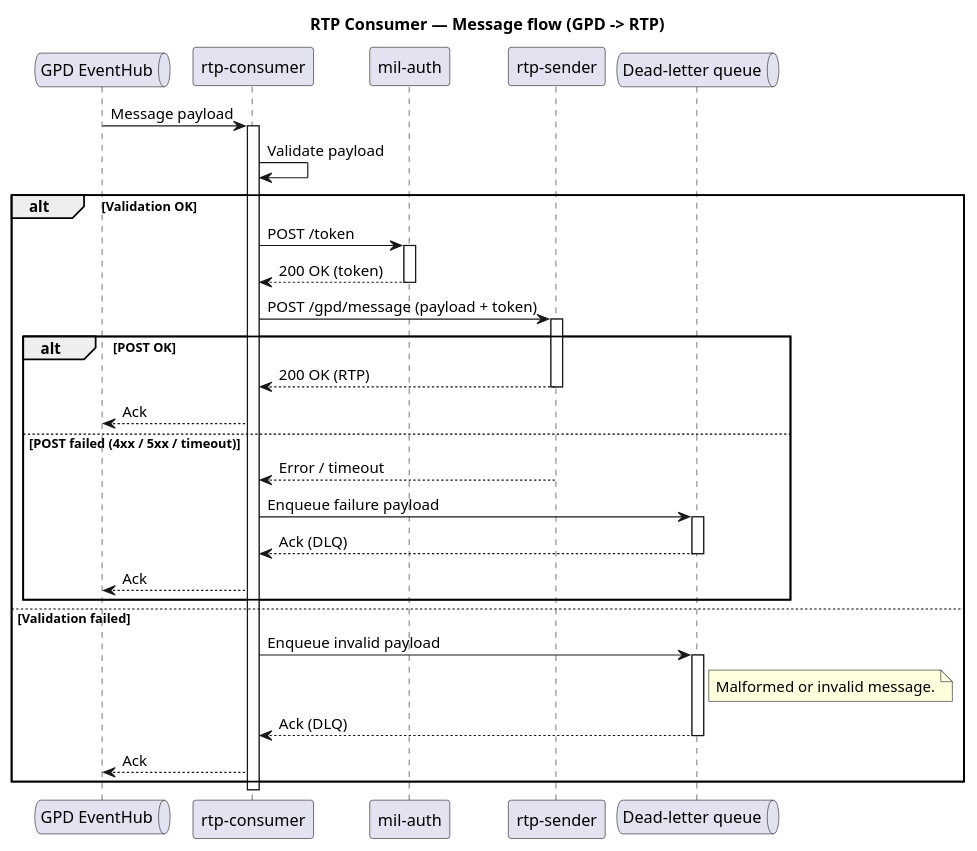
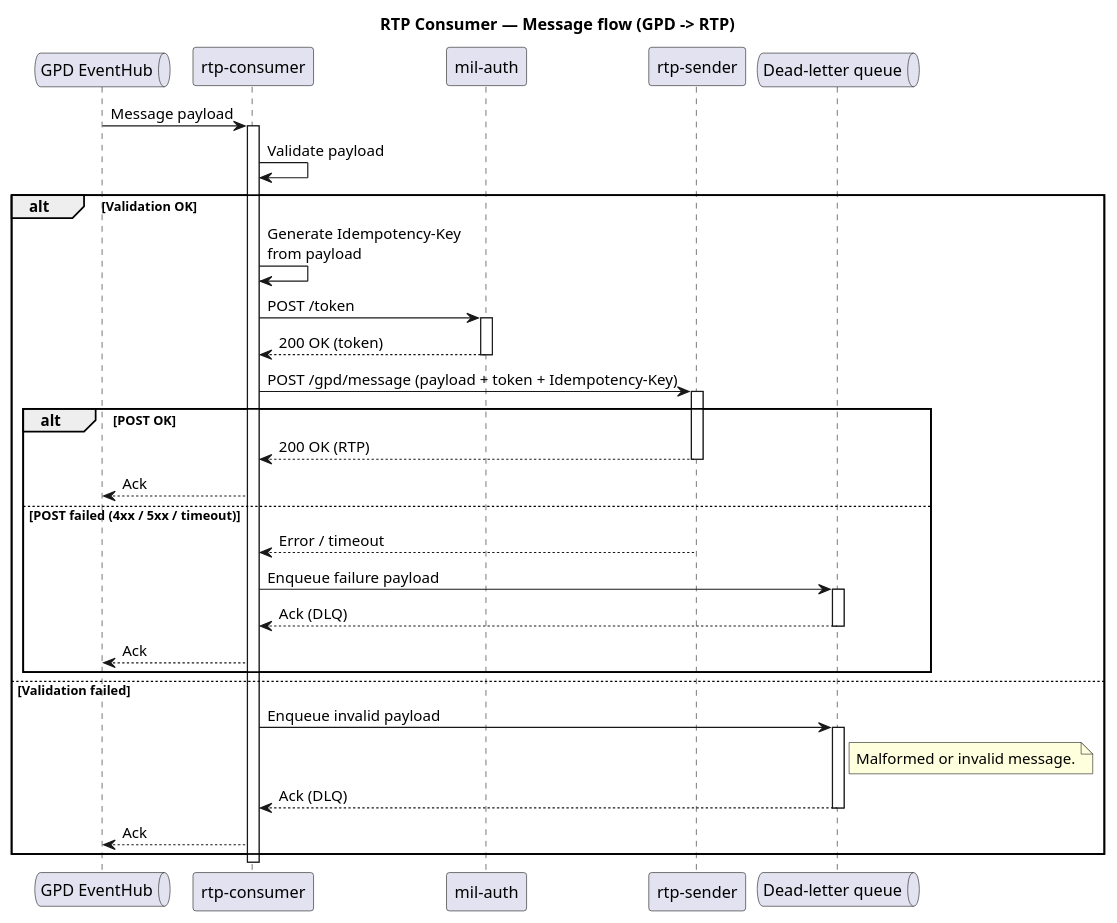
Before and after one commit to pagopa/rtp-docs: the diagram in diagrams/rtp-consumer-flow.puml, drawn with PlantUML. The commit also changed 1 other file, not shown here.

Commit message:
feat: [SRTP-1566] add Idempotency-Key to rtp-consumer flow

```diff
--- a/diagrams/rtp-consumer-flow.puml
+++ b/diagrams/rtp-consumer-flow.puml
@@ -1,54 +1,57 @@
 @startuml
 title RTP Consumer — Message flow (GPD -> RTP)
 
 queue "GPD EventHub" as EH
 participant "rtp-consumer" as C
 participant "mil-auth" as MA
 participant "rtp-sender" as S
 queue "Dead-letter queue" as DLQ
 
 EH -> C : Message payload
 activate C
 
 C -> C : Validate payload
 
 alt Validation OK
+
+  C -> C : Generate Idempotency-Key\nfrom payload
+
   C -> MA : POST /token
   activate MA
   MA --> C : 200 OK (token)
   deactivate MA
 
-  C -> S : POST /gpd/message (payload + token)
+  C -> S : POST /gpd/message (payload + token + Idempotency-Key)
   activate S
 
   alt POST OK
     S --> C : 200 OK (RTP)
     deactivate S
     C --> EH : Ack
 
   else POST failed (4xx / 5xx / timeout)
     S --> C : Error / timeout
     deactivate S
 
     C -> DLQ : Enqueue failure payload
     activate DLQ
     DLQ --> C : Ack (DLQ)
     deactivate DLQ
 
     C --> EH : Ack
   end
 
 else Validation failed
   C -> DLQ : Enqueue invalid payload
   activate DLQ
   note right of DLQ
     Malformed or invalid message.
   end note
   DLQ --> C : Ack (DLQ)
   deactivate DLQ
 
   C --> EH : Ack
 end
 
 deactivate C
 @enduml
```
